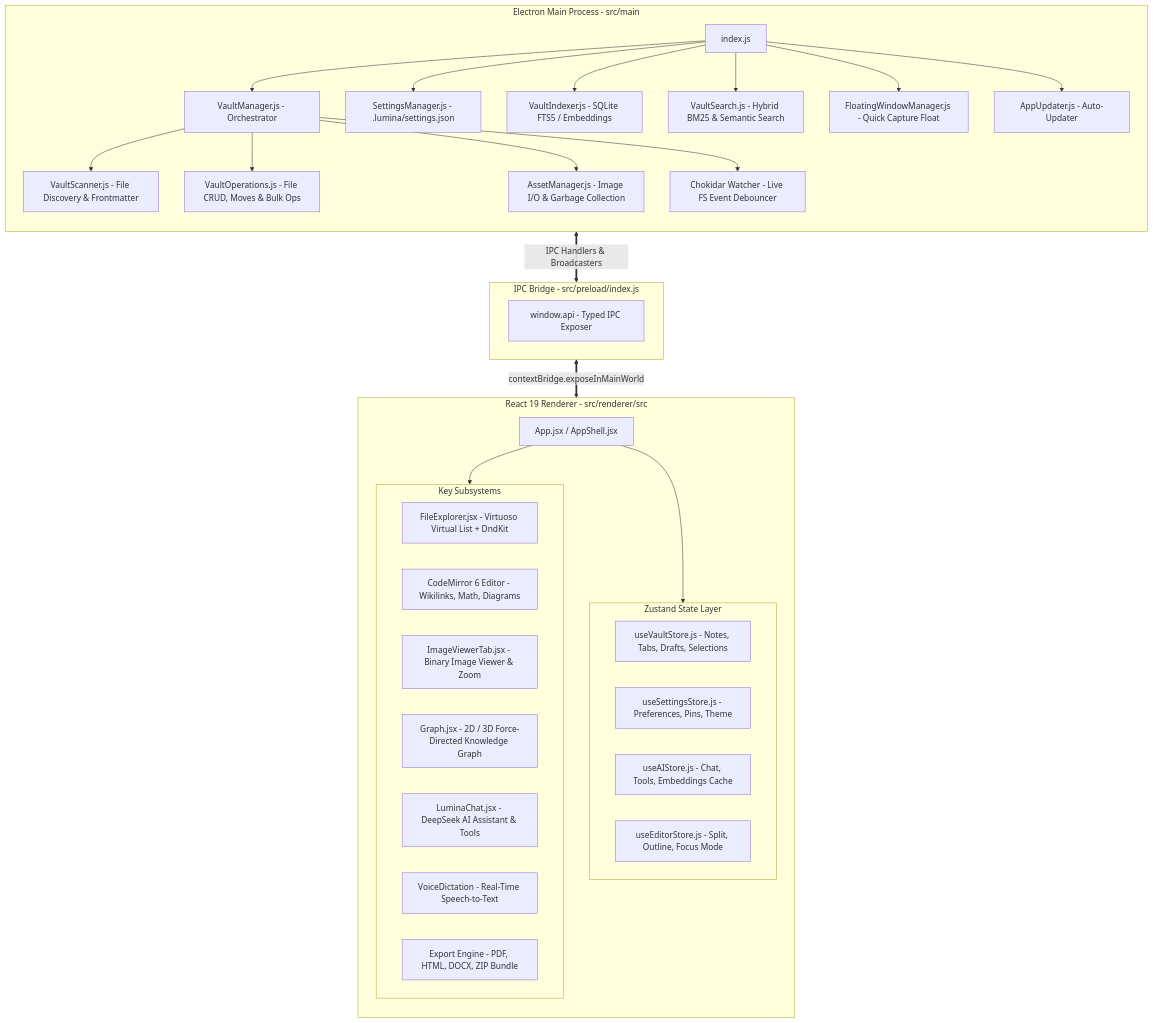
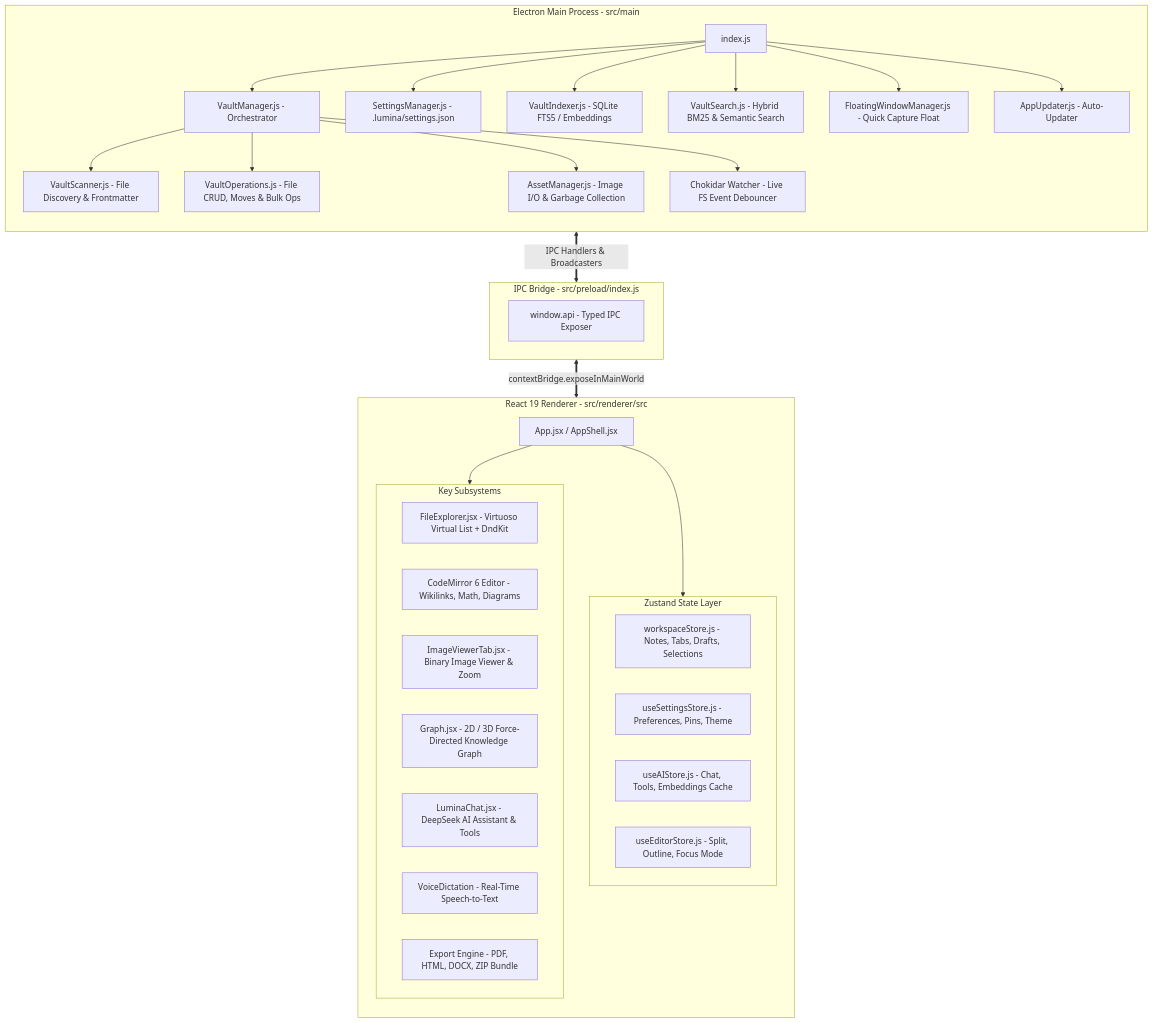
The diagram in guide.md (Saboor-Hamedi/lumina), drawn with Mermaid before and after one commit. The commit also changed other lines of this file and 81 other files, not shown here.

Commit message:
refactor: standardize mermaid & wikilink features, consolidate store imports, improve image paste and tab persistence

````diff
--- a/guide.md
+++ b/guide.md
@@ -13,60 +13,60 @@
 ```mermaid
 graph TD
     subgraph ElectronMain [Electron Main Process - src/main]
         direction TB
         Entry[index.js]
         VM[VaultManager.js - Orchestrator]
         VS[VaultScanner.js - File Discovery & Frontmatter]
         VO[VaultOperations.js - File CRUD, Moves & Bulk Ops]
         AM[AssetManager.js - Image I/O & Garbage Collection]
         SM[SettingsManager.js - .lumina/settings.json]
         VI[VaultIndexer.js - SQLite FTS5 / Embeddings]
         VSR[VaultSearch.js - Hybrid BM25 & Semantic Search]
         CW[Chokidar Watcher - Live FS Event Debouncer]
         FWM[FloatingWindowManager.js - Quick Capture Float]
         AU[AppUpdater.js - Auto-Updater]
         
         Entry --> VM
         Entry --> SM
         Entry --> VI
         Entry --> VSR
         Entry --> FWM
         Entry --> AU
         VM --> VS
         VM --> VO
         VM --> AM
         VM --> CW
     end
 
     subgraph PreloadBridge [IPC Bridge - src/preload/index.js]
         API[window.api - Typed IPC Exposer]
     end
 
     subgraph ReactRenderer [React 19 Renderer - src/renderer/src]
         direction TB
         App[App.jsx / AppShell.jsx]
         
         subgraph Stores [Zustand State Layer]
-            VS_Store[useVaultStore.js - Notes, Tabs, Drafts, Selections]
+            VS_Store[workspaceStore.js - Notes, Tabs, Drafts, Selections]
             ST_Store[useSettingsStore.js - Preferences, Pins, Theme]
             AI_Store[useAIStore.js - Chat, Tools, Embeddings Cache]
             ED_Store[useEditorStore.js - Split, Outline, Focus Mode]
         end
 
         subgraph CoreFeatures [Key Subsystems]
             FE[FileExplorer.jsx - Virtuoso Virtual List + DndKit]
             ED[CodeMirror 6 Editor - Wikilinks, Math, Diagrams]
             IV[ImageViewerTab.jsx - Binary Image Viewer & Zoom]
             KG[Graph.jsx - 2D / 3D Force-Directed Knowledge Graph]
             AI_UI[LuminaChat.jsx - DeepSeek AI Assistant & Tools]
             VD[VoiceDictation - Real-Time Speech-to-Text]
             EX[Export Engine - PDF, HTML, DOCX, ZIP Bundle]
         end
 
         App --> Stores
         App --> CoreFeatures
     end
 
     ElectronMain <==>|IPC Handlers & Broadcasters| PreloadBridge
     PreloadBridge <==>|contextBridge.exposeInMainWorld| ReactRenderer
 ```
````
